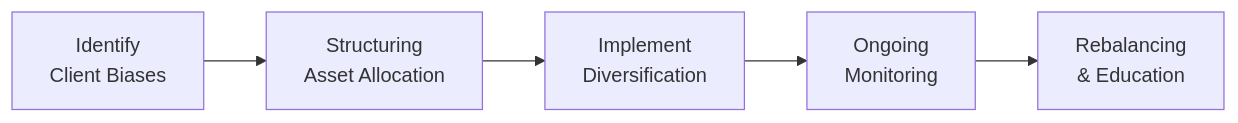
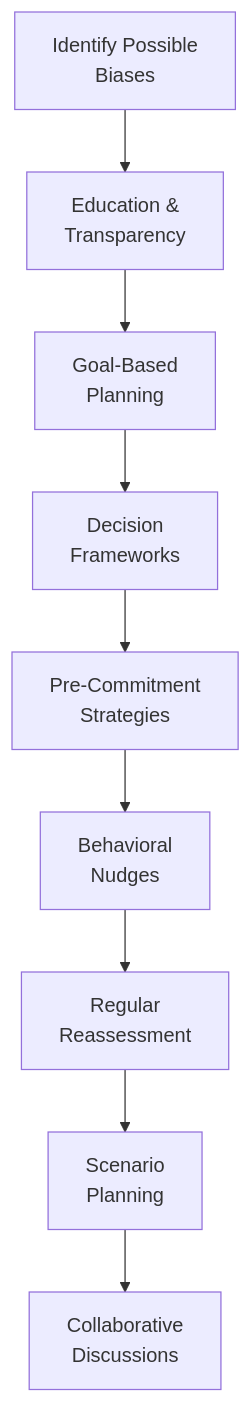
The diagram in content/ifc/5/4/index.md (MasteryEducation/SecuritiesExamsMastery.ca), drawn with Mermaid before and after one commit. The commit also changed other lines of this file and 130 other files, not shown here.

````diff
--- a/content/ifc/5/4/index.md
+++ b/content/ifc/5/4/index.md
@@ -116,7 +129,11 @@
 ```mermaid
-flowchart LR
-A["Identify <br/>Client Biases"] --> B["Structuring <br/>Asset Allocation"]
-B --> C["Implement <br/>Diversification"]
-C --> D["Ongoing <br/>Monitoring"]
-D --> E["Rebalancing <br/>& Education"]
+flowchart TB
+    A["Identify Possible <br/> Biases"] --> B["Education & <br/> Transparency"]
+    B --> C["Goal-Based <br/> Planning"]
+    C --> D["Decision <br/> Frameworks"]
+    D --> E["Pre-Commitment <br/> Strategies"]
+    E --> F["Behavioral <br/> Nudges"]
+    F --> G["Regular <br/> Reassessment"]
+    G --> H["Scenario <br/> Planning"]
+    H --> I["Collaborative <br/> Discussions"]
 ```
````
